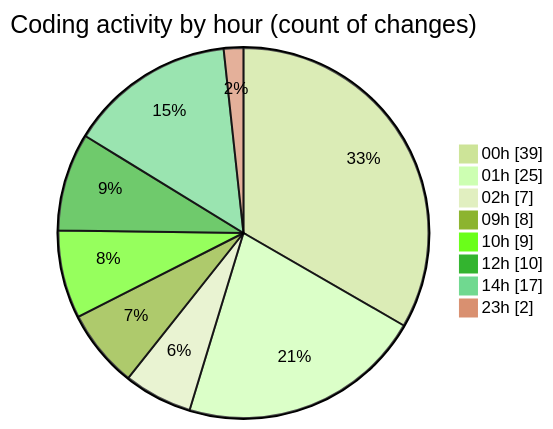
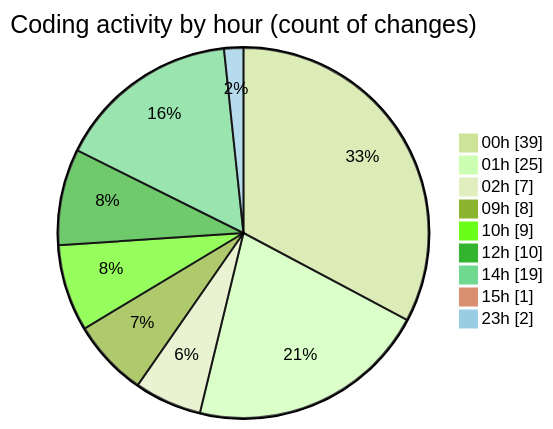
The second of 2 diagrams in 2025-10-10/eventscop-frontend-guide__workspace_/README.md (julien-gomy/code-tracking), drawn with Mermaid (forest theme) before and after one commit. The commit also changed other lines of this file and 1 other file, not shown here.

````diff
--- a/2025-10-10/eventscop-frontend-guide__workspace_/README.md
+++ b/2025-10-10/eventscop-frontend-guide__workspace_/README.md
@@ -46,12 +46,13 @@
 ```mermaid
 pie showData
 title Coding activity by hour (count of changes)
 "00h" : 39
 "01h" : 25
 "02h" : 7
 "09h" : 8
 "10h" : 9
 "12h" : 10
-"14h" : 17
+"14h" : 19
+"15h" : 1
 "23h" : 2
 ```
````
